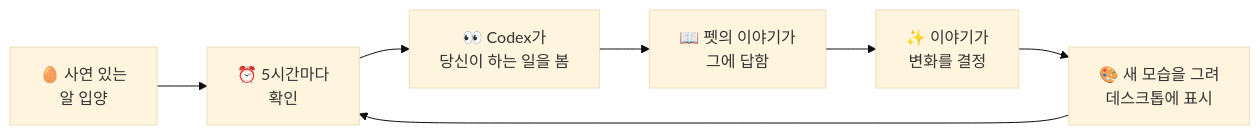
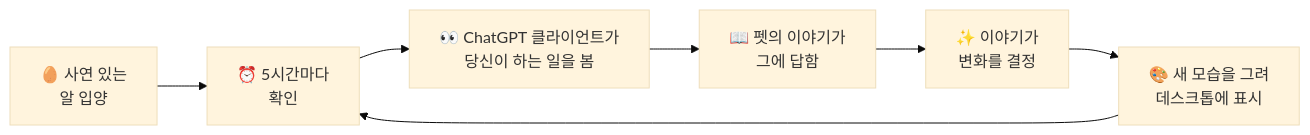
One commit to yate-ge/GenPet changed the diagram in README.ko.md. Above: the diagram before and after it, drawn with Mermaid (base theme). The commit also changed other lines of this file and 58 other files, not shown here.

````diff
--- a/README.ko.md
+++ b/README.ko.md
@@ -114,9 +120,9 @@
 ```mermaid
 flowchart LR
   A["🥚 사연 있는<br>알 입양"] --> B["⏰ 5시간마다<br>확인"]
-  B --> C["👀 Codex가<br>당신이 하는 일을 봄"]
+  B --> C["👀 ChatGPT 클라이언트가<br>당신이 하는 일을 봄"]
   C --> D["📖 펫의 이야기가<br>그에 답함"]
   D --> E["✨ 이야기가<br>변화를 결정"]
   E --> F["🎨 새 모습을 그려<br>데스크톱에 표시"]
   F --> B
 ```
````
